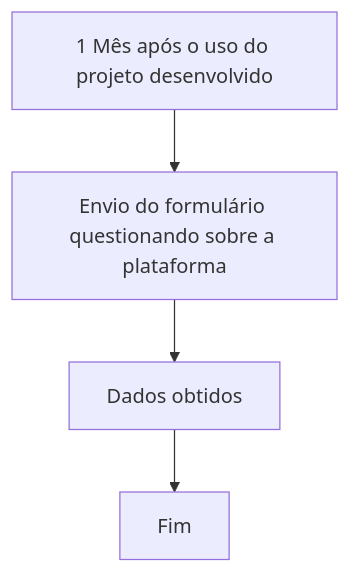
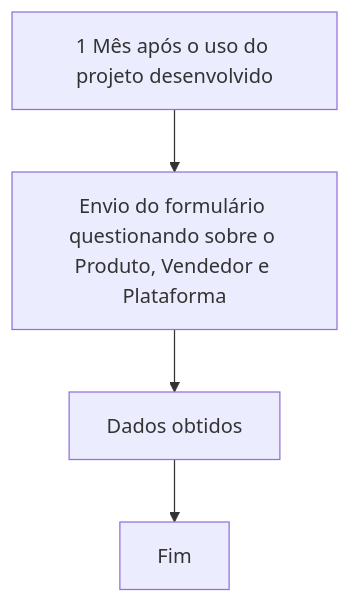
Before and after one commit to giovanni1351/EngenhariaDeSoftwareProjeto: the fourth of 6 diagrams in Lab/Lab1.md, drawn with Mermaid. The commit also changed other lines of this file, not shown here.

````diff
--- a/Lab/Lab1.md
+++ b/Lab/Lab1.md
@@ -127,7 +133,7 @@
 ```mermaid
 graph TD;
 
-    A[1 Mês após o uso do projeto desenvolvido] --> B[Envio do formulário questionando sobre a plataforma]
+    A[1 Mês após o uso do projeto desenvolvido] --> B[Envio do formulário questionando sobre o Produto, Vendedor e Plataforma]
     B --> C[Dados obtidos]
     C --> D[Fim]
 ```
````
